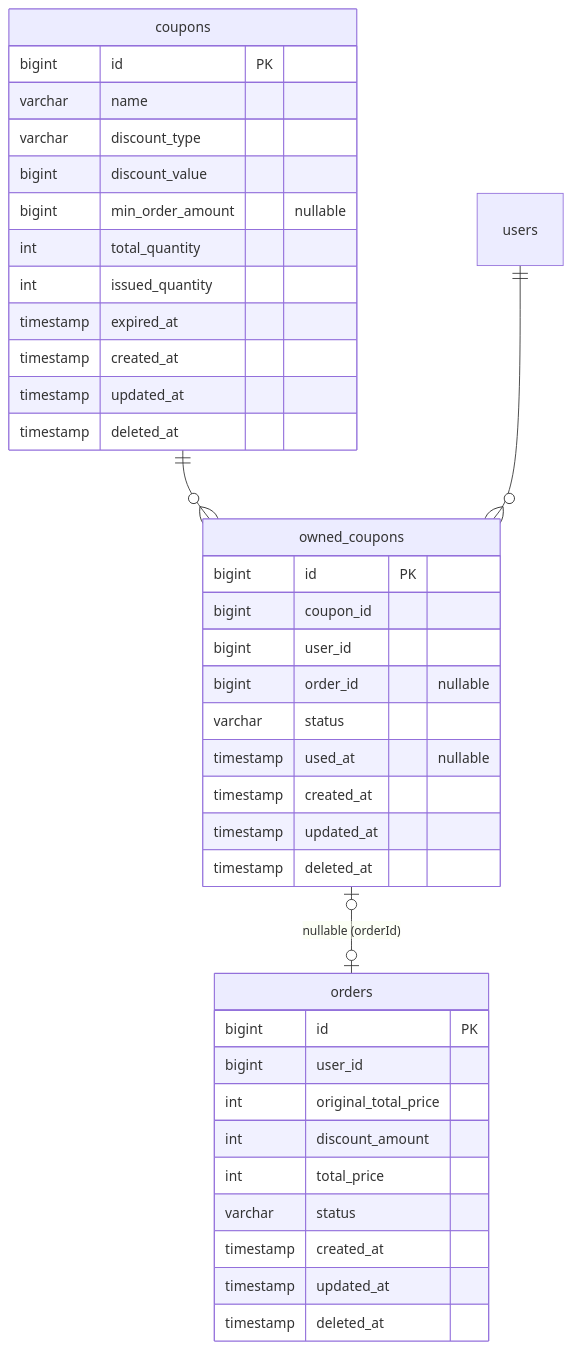
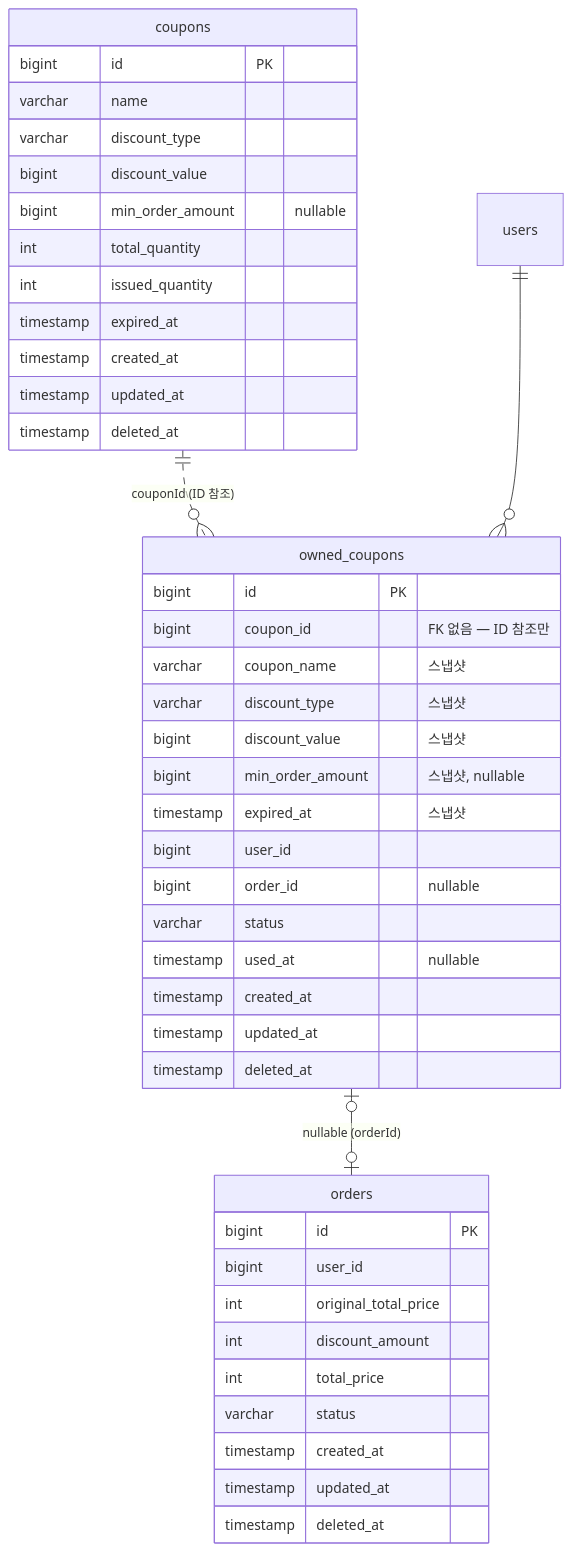
The fifth of 5 diagrams in docs/design/coupon/DESIGN.md (plan11plan/loop-pack-be-l2-vol3-java), drawn with Mermaid before and after one commit. The commit also changed other lines of this file and 1 other file, not shown here.

Commit message:
docs: OwnedCoupon 스냅샷 분리 설계 반영

````diff
--- a/docs/design/coupon/DESIGN.md
+++ b/docs/design/coupon/DESIGN.md
@@ -424,44 +437,49 @@
 ```mermaid
 erDiagram
     coupons {
         bigint id PK
         varchar name
         varchar discount_type
         bigint discount_value
         bigint min_order_amount "nullable"
         int total_quantity
         int issued_quantity
         timestamp expired_at
         timestamp created_at
         timestamp updated_at
         timestamp deleted_at
     }
 
     owned_coupons {
         bigint id PK
-        bigint coupon_id
+        bigint coupon_id "FK 없음 — ID 참조만"
+        varchar coupon_name "스냅샷"
+        varchar discount_type "스냅샷"
+        bigint discount_value "스냅샷"
+        bigint min_order_amount "스냅샷, nullable"
+        timestamp expired_at "스냅샷"
         bigint user_id
         bigint order_id "nullable"
         varchar status
         timestamp used_at "nullable"
         timestamp created_at
         timestamp updated_at
         timestamp deleted_at
     }
 
     orders {
         bigint id PK
         bigint user_id
         int original_total_price
         int discount_amount
         int total_price
         varchar status
         timestamp created_at
         timestamp updated_at
         timestamp deleted_at
     }
 
-    coupons ||--o{ owned_coupons : ""
+    coupons ||..o{ owned_coupons : "couponId (ID 참조)"
     users ||--o{ owned_coupons : ""
     owned_coupons |o--o| orders : "nullable (orderId)"
 ```
````
